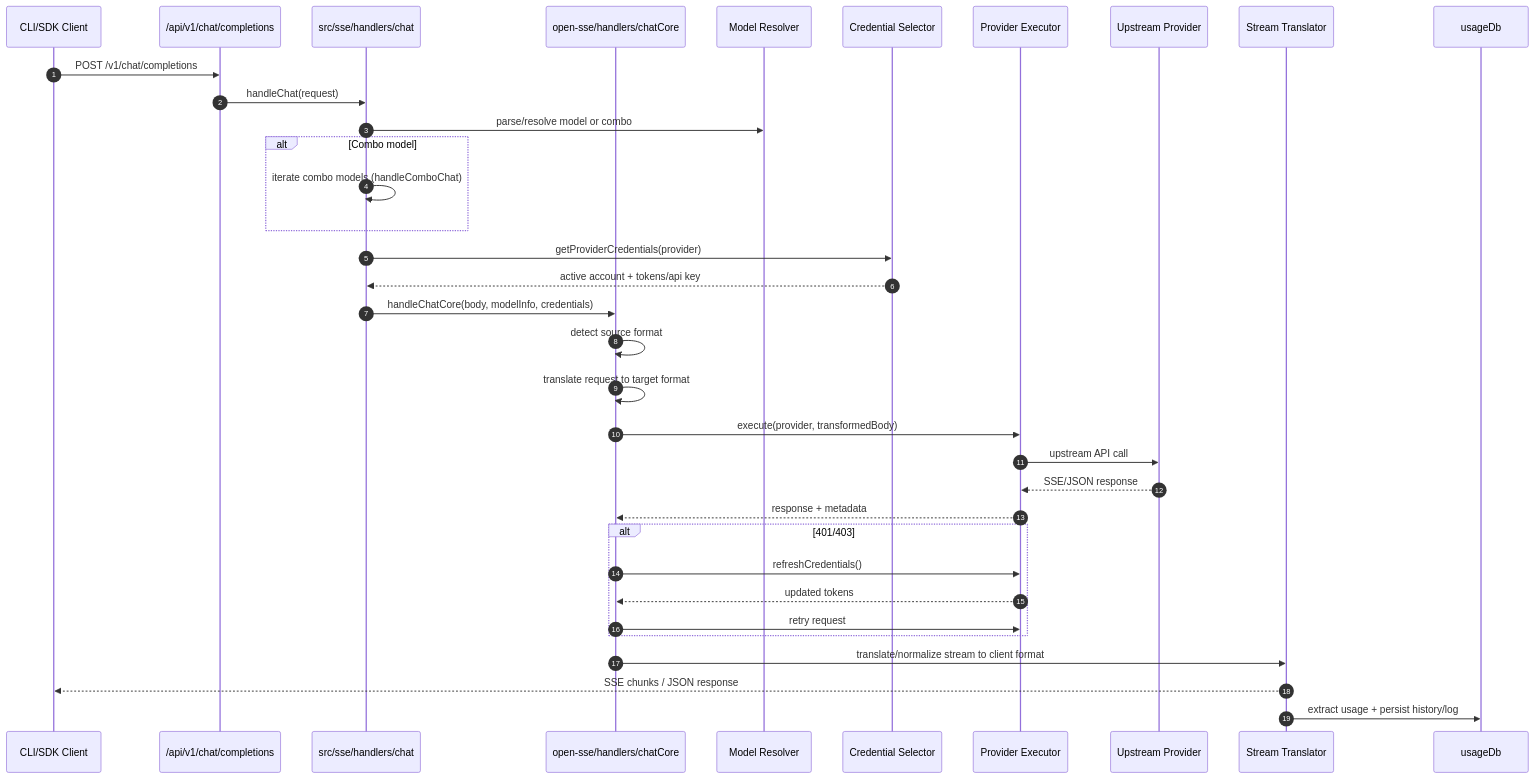
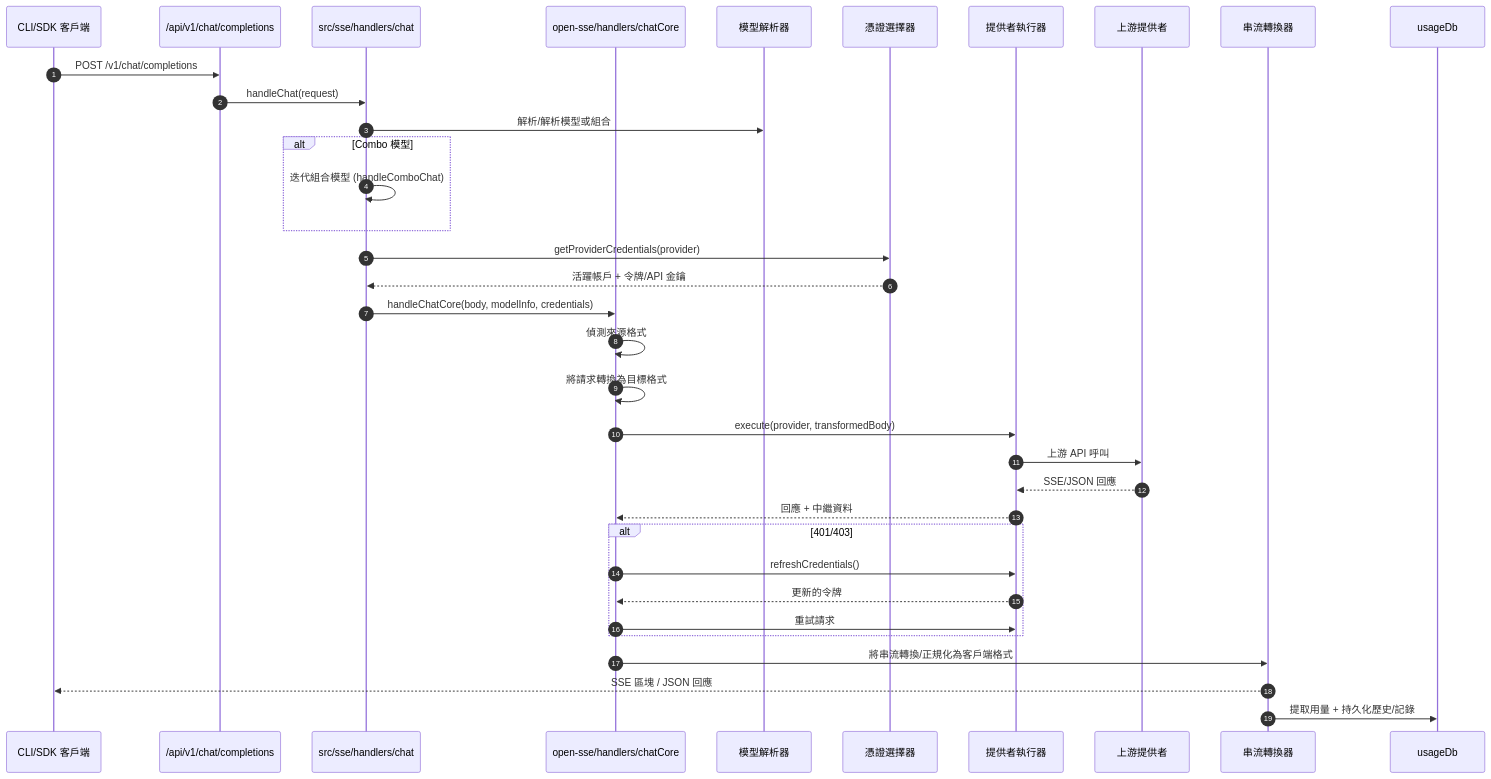
The second of 7 diagrams in apps/omniroute/docs/i18n/zh-TW/docs/architecture/ARCHITECTURE.md (innotelinc/jesus), drawn with Mermaid before and after one commit. The commit also changed other lines of this file and 3430 other files, not shown here.

````diff
--- a/apps/omniroute/docs/i18n/zh-TW/docs/architecture/ARCHITECTURE.md
+++ b/apps/omniroute/docs/i18n/zh-TW/docs/architecture/ARCHITECTURE.md
@@ -330,44 +532,44 @@
 ```mermaid
 sequenceDiagram
     autonumber
-    participant Client as CLI/SDK Client
+    participant Client as CLI/SDK 客戶端
     participant Route as /api/v1/chat/completions
     participant Chat as src/sse/handlers/chat
     participant Core as open-sse/handlers/chatCore
-    participant Model as Model Resolver
-    participant Auth as Credential Selector
-    participant Exec as Provider Executor
-    participant Prov as Upstream Provider
-    participant Stream as Stream Translator
+    participant Model as 模型解析器
+    participant Auth as 憑證選擇器
+    participant Exec as 提供者執行器
+    participant Prov as 上游提供者
+    participant Stream as 串流轉換器
     participant Usage as usageDb
 
     Client->>Route: POST /v1/chat/completions
     Route->>Chat: handleChat(request)
-    Chat->>Model: parse/resolve model or combo
+    Chat->>Model: 解析/解析模型或組合
 
-    alt Combo model
-        Chat->>Chat: iterate combo models (handleComboChat)
+    alt Combo 模型
+        Chat->>Chat: 迭代組合模型 (handleComboChat)
     end
 
     Chat->>Auth: getProviderCredentials(provider)
-    Auth-->>Chat: active account + tokens/api key
+    Auth-->>Chat: 活躍帳戶 + 令牌/API 金鑰
 
     Chat->>Core: handleChatCore(body, modelInfo, credentials)
-    Core->>Core: detect source format
-    Core->>Core: translate request to target format
+    Core->>Core: 偵測來源格式
+    Core->>Core: 將請求轉換為目標格式
     Core->>Exec: execute(provider, transformedBody)
-    Exec->>Prov: upstream API call
-    Prov-->>Exec: SSE/JSON response
-    Exec-->>Core: response + metadata
+    Exec->>Prov: 上游 API 呼叫
+    Prov-->>Exec: SSE/JSON 回應
+    Exec-->>Core: 回應 + 中繼資料
 
     alt 401/403
         Core->>Exec: refreshCredentials()
-        Exec-->>Core: updated tokens
-        Core->>Exec: retry request
+        Exec-->>Core: 更新的令牌
+        Core->>Exec: 重試請求
     end
 
-    Core->>Stream: translate/normalize stream to client format
-    Stream-->>Client: SSE chunks / JSON response
+    Core->>Stream: 將串流轉換/正規化為客戶端格式
+    Stream-->>Client: SSE 區塊 / JSON 回應
 
-    Stream->>Usage: extract usage + persist history/log
+    Stream->>Usage: 提取用量 + 持久化歷史/記錄
 ```
````
